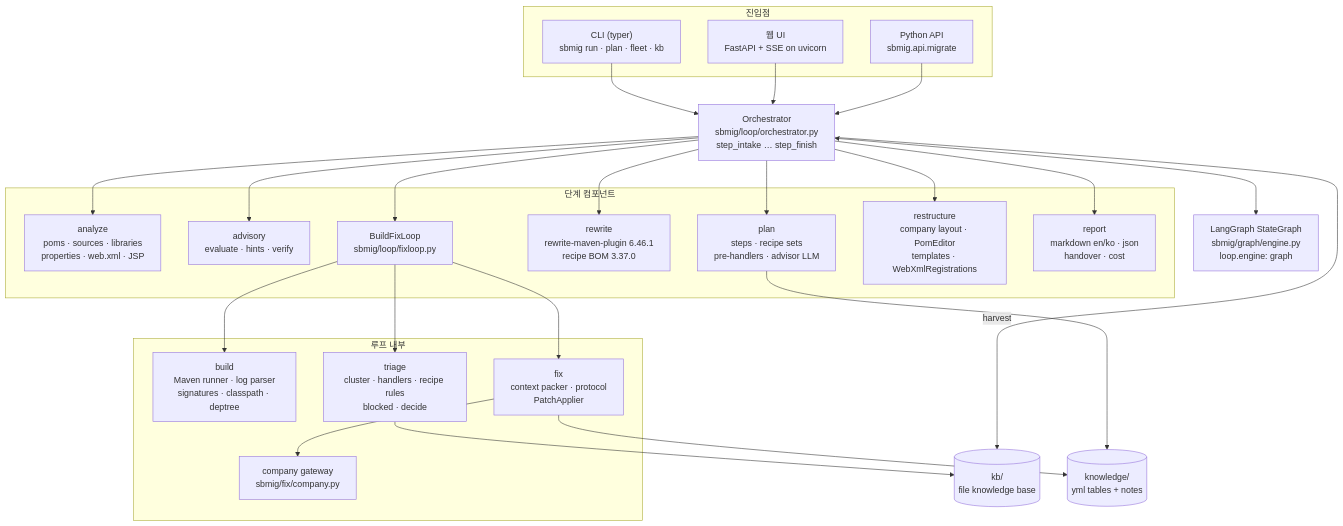
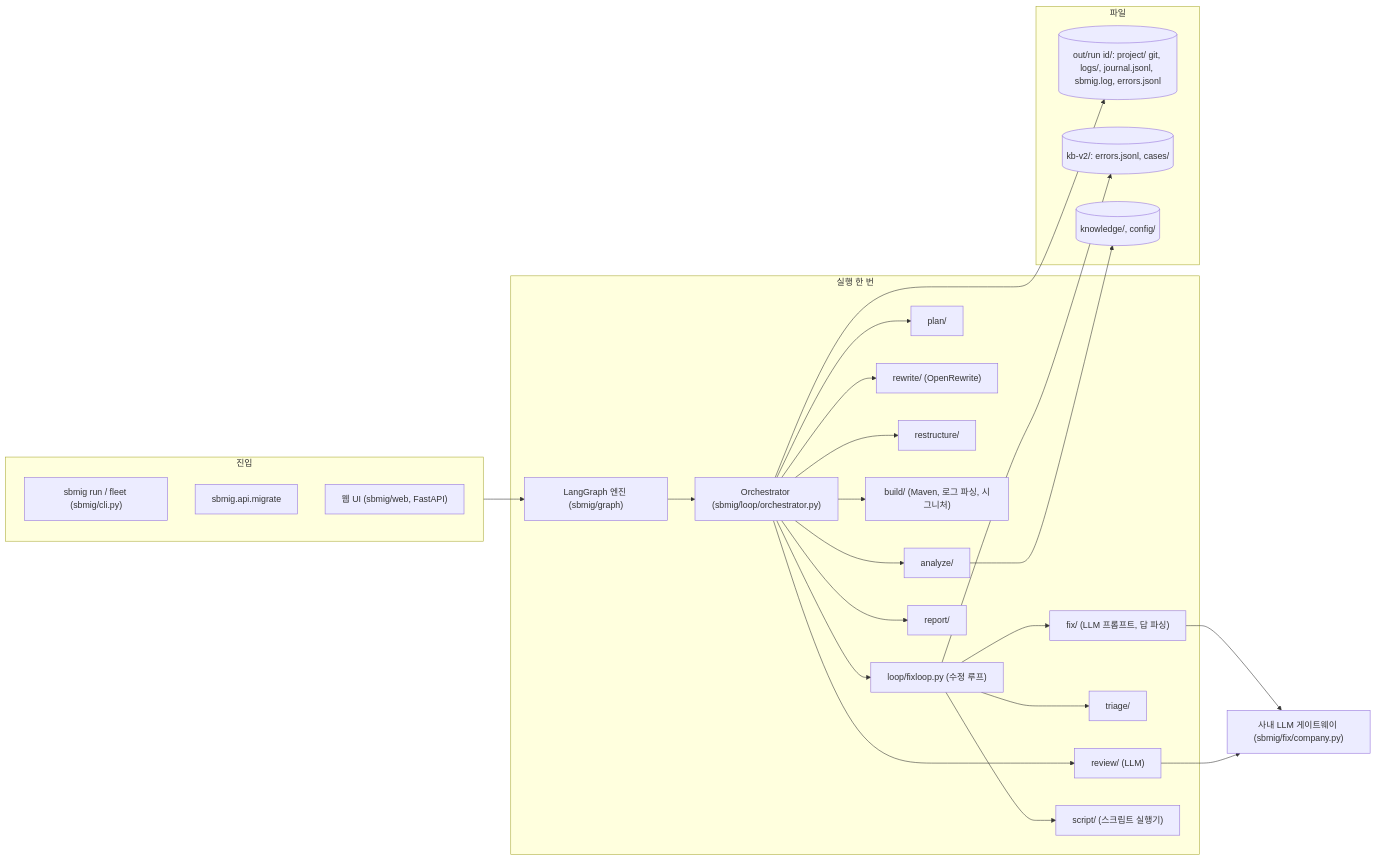
Before and after one commit to acandiatale/tutu: the first of 7 diagrams in docs/migration-agent/README.md, drawn with Mermaid. The commit also changed other lines of this file and 126 other files, not shown here.

First line of the commit message:
docs: only the deployed flow-v2 system is documented; v1-era material removed; progress checklist (user, 2026-11-11)

````diff
--- a/docs/migration-agent/README.md
+++ b/docs/migration-agent/README.md
@@ -94,46 +58,33 @@
 ```mermaid
-flowchart TB
-  subgraph entry["진입점"]
-    CLI["CLI (typer)<br/>sbmig run · plan · fleet · kb"]
-    WEB["웹 UI<br/>FastAPI + SSE on uvicorn"]
-    API["Python API<br/>sbmig.api.migrate"]
+flowchart LR
+  subgraph IN["진입"]
+    CLI["sbmig run / fleet (sbmig/cli.py)"]
+    API["sbmig.api.migrate"]
+    WEB["웹 UI (sbmig/web, FastAPI)"]
   end
-  ORCH["Orchestrator<br/>sbmig/loop/orchestrator.py<br/>step_intake … step_finish"]
-  GRAPH["LangGraph StateGraph<br/>sbmig/graph/engine.py<br/>loop.engine: graph"]
-  CLI --> ORCH
-  WEB --> ORCH
-  API --> ORCH
-  ORCH <--> GRAPH
-  subgraph steps["단계 컴포넌트"]
-    AN["analyze<br/>poms · sources · libraries<br/>properties · web.xml · JSP"]
-    ADV["advisory<br/>evaluate · hints · verify"]
-    PL["plan<br/>steps · recipe sets<br/>pre-handlers · advisor LLM"]
-    RW["rewrite<br/>rewrite-maven-plugin 6.46.1<br/>recipe BOM 3.37.0"]
-    LOOP["BuildFixLoop<br/>sbmig/loop/fixloop.py"]
-    RS["restructure<br/>company layout · PomEditor<br/>templates · WebXmlRegistrations"]
-    RP["report<br/>markdown en/ko · json<br/>handover · cost"]
+  subgraph CORE["실행 한 번"]
+    G["LangGraph 엔진 (sbmig/graph)"] --> O["Orchestrator (sbmig/loop/orchestrator.py)"]
+    O --> AN["analyze/"]
+    O --> PL["plan/"]
+    O --> RW["rewrite/ (OpenRewrite)"]
+    O --> RS["restructure/"]
+    O --> RV["review/ (LLM)"]
+    O --> BL["build/ (Maven, 로그 파싱, 시그니처)"]
+    O --> FL["loop/fixloop.py (수정 루프)"]
+    FL --> TR["triage/"]
+    FL --> FX["fix/ (LLM 프롬프트, 답 파싱)"]
+    FL --> SC["script/ (스크립트 실행기)"]
+    O --> RP["report/"]
   end
-  subgraph loopparts["루프 내부"]
-    BU["build<br/>Maven runner · log parser<br/>signatures · classpath · deptree"]
-    TR["triage<br/>cluster · handlers · recipe rules<br/>blocked · decide"]
-    FX["fix<br/>context packer · protocol<br/>PatchApplier"]
-    GW["company gateway<br/>sbmig/fix/company.py"]
+  subgraph STORE["파일"]
+    RUN[("out/run id/: project/ git, logs/, journal.jsonl, sbmig.log, errors.jsonl")]
+    KB[("kb-v2/: errors.jsonl, cases/")]
+    KN[("knowledge/, config/")]
   end
-  ORCH --> AN
-  ORCH --> ADV
-  ORCH --> PL
-  ORCH --> RW
-  ORCH --> LOOP
-  ORCH --> RS
-  ORCH --> RP
-  LOOP --> BU
-  LOOP --> TR
-  LOOP --> FX
-  FX --> GW
-  KB[("kb/<br/>file knowledge base")]
-  KN[("knowledge/<br/>yml tables + notes")]
-  TR --> KB
-  FX --> KN
-  PL --> KN
-  ORCH -->|harvest| KB
+  IN --> G
+  FX --> GW["사내 LLM 게이트웨이 (sbmig/fix/company.py)"]
+  RV --> GW
+  O --> RUN
+  FL --> KB
+  AN --> KN
 ```
````
